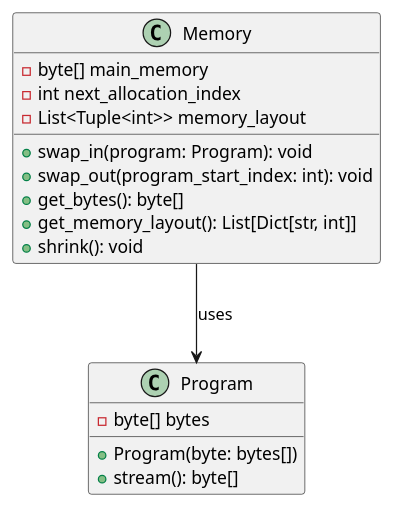
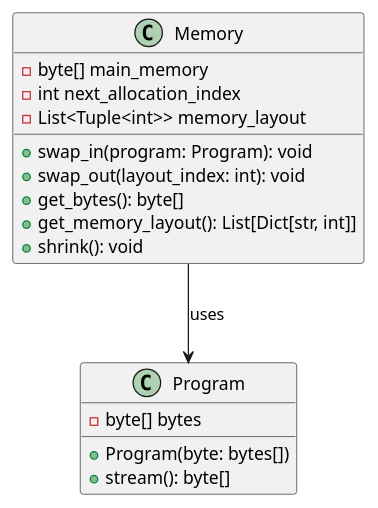
The diagram in schema.puml (Caue-Aron/MEMSIM), drawn with PlantUML before and after one commit. The commit also changed 2 other files, not shown here.

Commit message:
swap out com bug quando criar holes em sequencia

```diff
--- a/schema.puml
+++ b/schema.puml
@@ -1,22 +1,22 @@
 @startuml MEMSIM
 class Memory {
     - byte[] main_memory
     - int next_allocation_index
     - List<Tuple<int>> memory_layout
 
     + swap_in(program: Program): void
-    + swap_out(program_start_index: int): void
+    + swap_out(layout_index: int): void
     + get_bytes(): byte[]
     + get_memory_layout(): List[Dict[str, int]]
     + shrink(): void
 }
 
 class Program {
     - byte[] bytes
 
     + Program(byte: bytes[])
     + stream(): byte[]
 }
 
 Memory --> Program : uses
 @enduml
```
